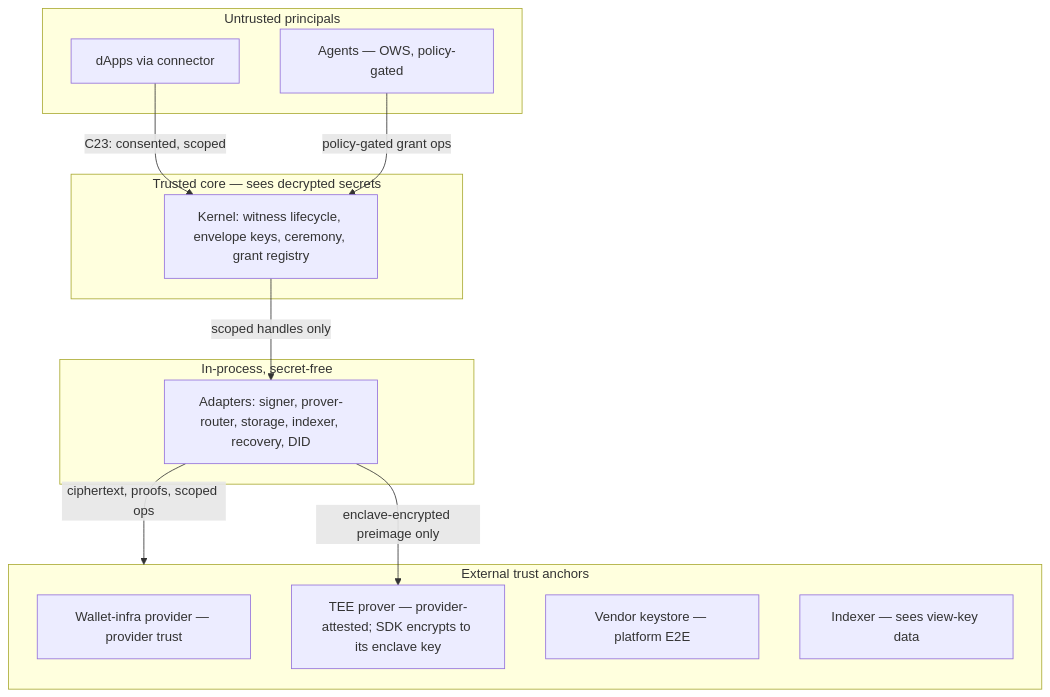
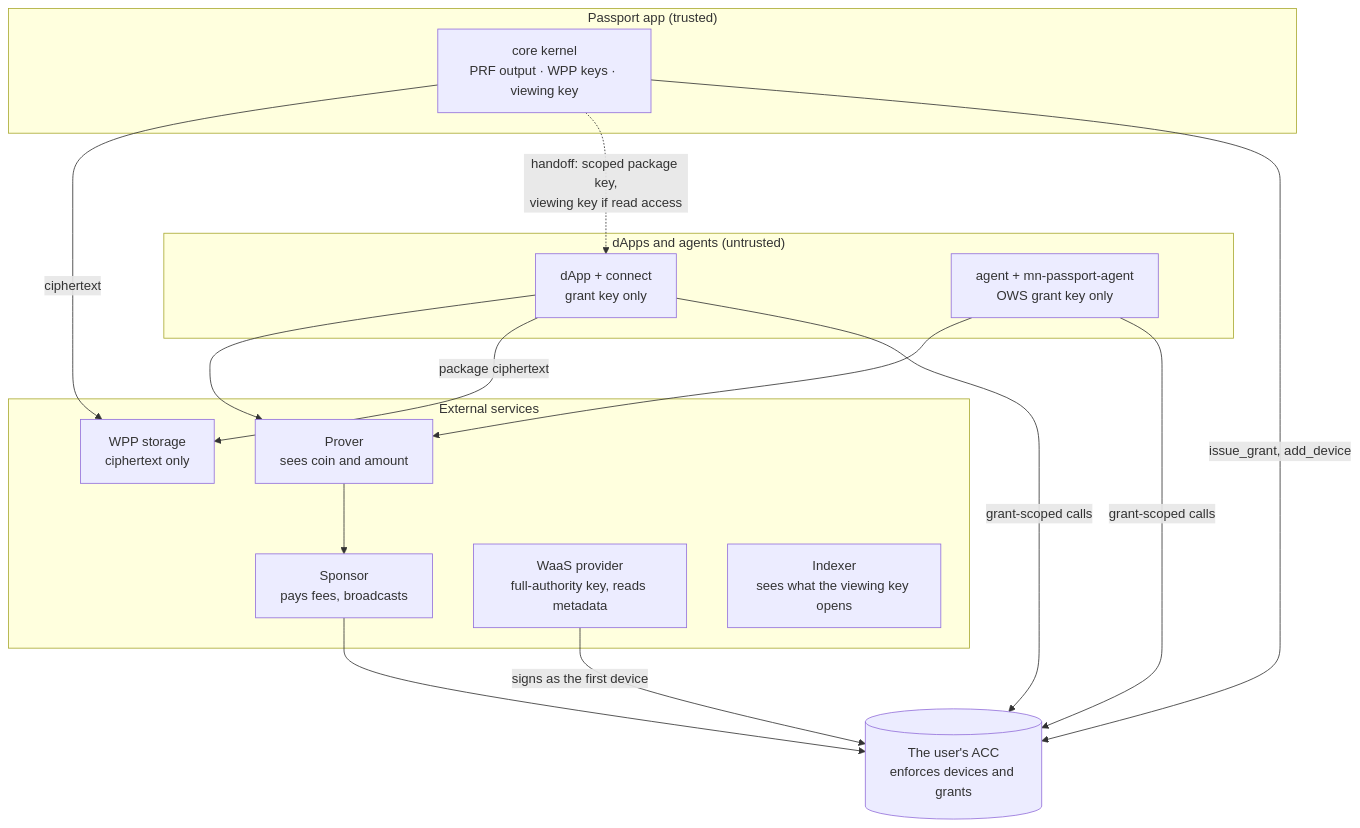
One commit to input-output-hk/midnight-passport-sdk changed the diagram in docs/architecture.md. Above: the diagram before and after it, drawn with Mermaid. The commit also changed other lines of this file and 3 other files, not shown here.

First line of the commit message:
docs: align target architecture with upstream realignment

````diff
--- a/docs/architecture.md
+++ b/docs/architecture.md
@@ -732,24 +283,30 @@
 ```mermaid
 flowchart TB
-  subgraph TCB["Trusted core — sees decrypted secrets"]
-    KERNEL["Kernel: witness lifecycle, envelope keys, ceremony, grant registry"]
+  subgraph APP["Passport app (trusted)"]
+    KERNEL["core kernel<br/>PRF output · WPP keys · viewing key"]
   end
-  subgraph INPROC["In-process, secret-free"]
-    CAPS["Adapters: signer, prover-router, storage, indexer, recovery, DID"]
+  subgraph CLIENTS["dApps and agents (untrusted)"]
+    DAPP["dApp + connect<br/>grant key only"]
+    AGENT["agent + mn-passport-agent<br/>OWS grant key only"]
   end
-  subgraph UNTRUSTED["Untrusted principals"]
-    DAPP["dApps via connector"]
-    AGENT["Agents — OWS, policy-gated"]
+  subgraph EXT["External services"]
+    PROVER["Prover<br/>sees coin and amount"]
+    SPONSOR["Sponsor<br/>pays fees, broadcasts"]
+    WAAS["WaaS provider<br/>full-authority key, reads metadata"]
+    WPP["WPP storage<br/>ciphertext only"]
+    IDX["Indexer<br/>sees what the viewing key opens"]
   end
-  subgraph ANCHORS["External trust anchors"]
-    DYN["Wallet-infra provider — provider trust"]
-    TEE["TEE prover — provider-attested; SDK encrypts to its enclave key"]
-    VK["Vendor keystore — platform E2E"]
-    IDX["Indexer — sees view-key data"]
-  end
-  KERNEL -->|"scoped handles only"| CAPS
-  CAPS -->|"ciphertext, proofs, scoped ops"| ANCHORS
-  DAPP -->|"C23: consented, scoped"| KERNEL
-  AGENT -->|"policy-gated grant ops"| KERNEL
-  CAPS -->|"enclave-encrypted preimage only"| TEE
+  ACC[("The user's ACC<br/>enforces devices and grants")]
+
+  KERNEL -->|"issue_grant, add_device"| ACC
+  KERNEL -.->|"handoff: scoped package key,<br/>viewing key if read access"| DAPP
+  KERNEL -->|"ciphertext"| WPP
+  DAPP -->|"grant-scoped calls"| ACC
+  AGENT -->|"grant-scoped calls"| ACC
+  DAPP -->|"package ciphertext"| WPP
+  DAPP --> PROVER
+  AGENT --> PROVER
+  PROVER --> SPONSOR
+  SPONSOR --> ACC
+  WAAS -->|"signs as the first device"| ACC
 ```
````
